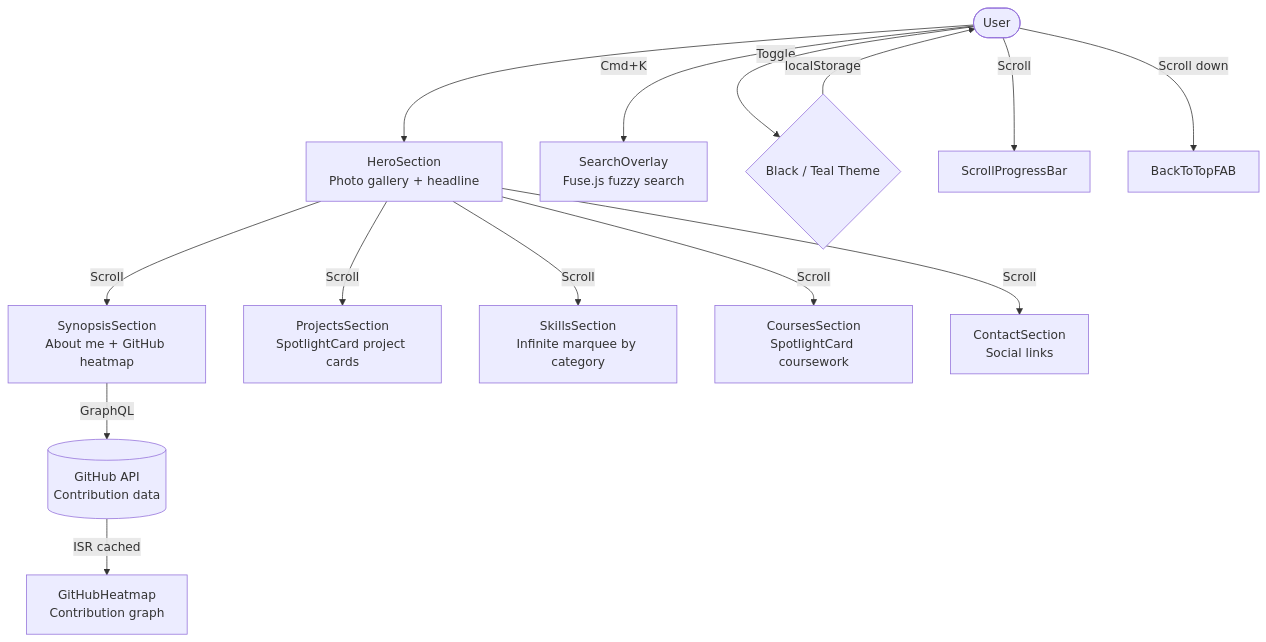
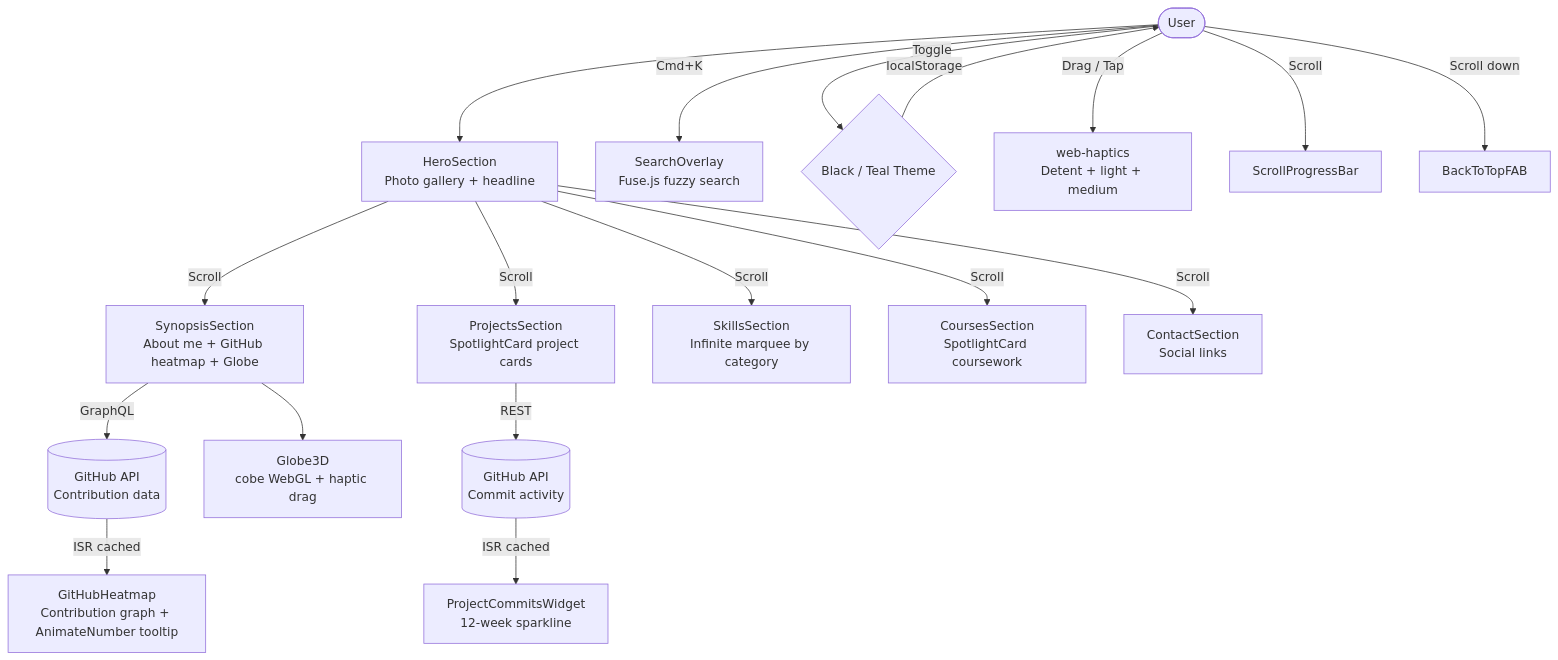
The first of 2 diagrams in README.md (hoangngo-sudo/portfolio), drawn with Mermaid before and after one commit. The commit also changed other lines of this file, not shown here.

````diff
--- a/README.md
+++ b/README.md
@@ -7,20 +7,26 @@
 ```mermaid
 flowchart TB
     USER([User]) --> HERO["HeroSection<br/>Photo gallery + headline"]
-    HERO --> |Scroll| SYNOPSIS["SynopsisSection<br/>About me + GitHub heatmap"]
+    HERO --> |Scroll| SYNOPSIS["SynopsisSection<br/>About me + GitHub heatmap + Globe"]
     HERO --> |Scroll| PROJECTS["ProjectsSection<br/>SpotlightCard project cards"]
     HERO --> |Scroll| SKILLS["SkillsSection<br/>Infinite marquee by category"]
     HERO --> |Scroll| COURSES["CoursesSection<br/>SpotlightCard coursework"]
     HERO --> |Scroll| CONTACT["ContactSection<br/>Social links"]
 
     USER --> |Cmd+K| SEARCH["SearchOverlay<br/>Fuse.js fuzzy search"]
 
     SYNOPSIS --> |GraphQL| GITHUB[("GitHub API<br/>Contribution data")]
-    GITHUB --> |ISR cached| HEATMAP["GitHubHeatmap<br/>Contribution graph"]
+    GITHUB --> |ISR cached| HEATMAP["GitHubHeatmap<br/>Contribution graph + AnimateNumber tooltip"]
+    SYNOPSIS --> GLOBE["Globe3D<br/>cobe WebGL + haptic drag"]
+
+    PROJECTS --> |REST| GHREST[("GitHub API<br/>Commit activity")]
+    GHREST --> |ISR cached| COMMITS["ProjectCommitsWidget<br/>12-week sparkline"]
 
     USER --> |Toggle| THEME{"Black / Teal Theme"}
     THEME --> |localStorage| USER
 
+    USER --> |Drag / Tap | HAPTICS["web-haptics<br/>Detent + light + medium"]
+
     USER --> |Scroll| PROGRESS["ScrollProgressBar"]
     USER --> |Scroll down| FAB["BackToTopFAB"]
 ```
````
